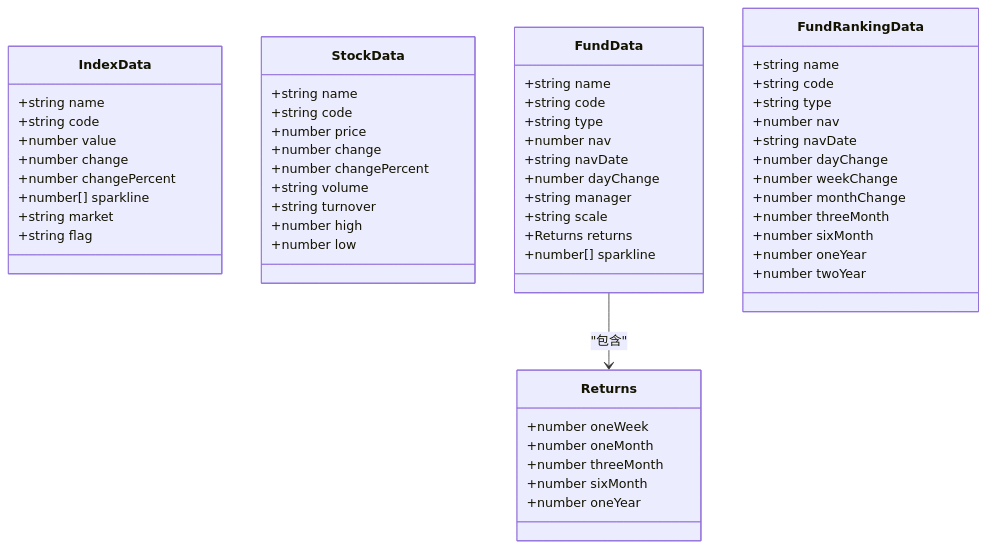
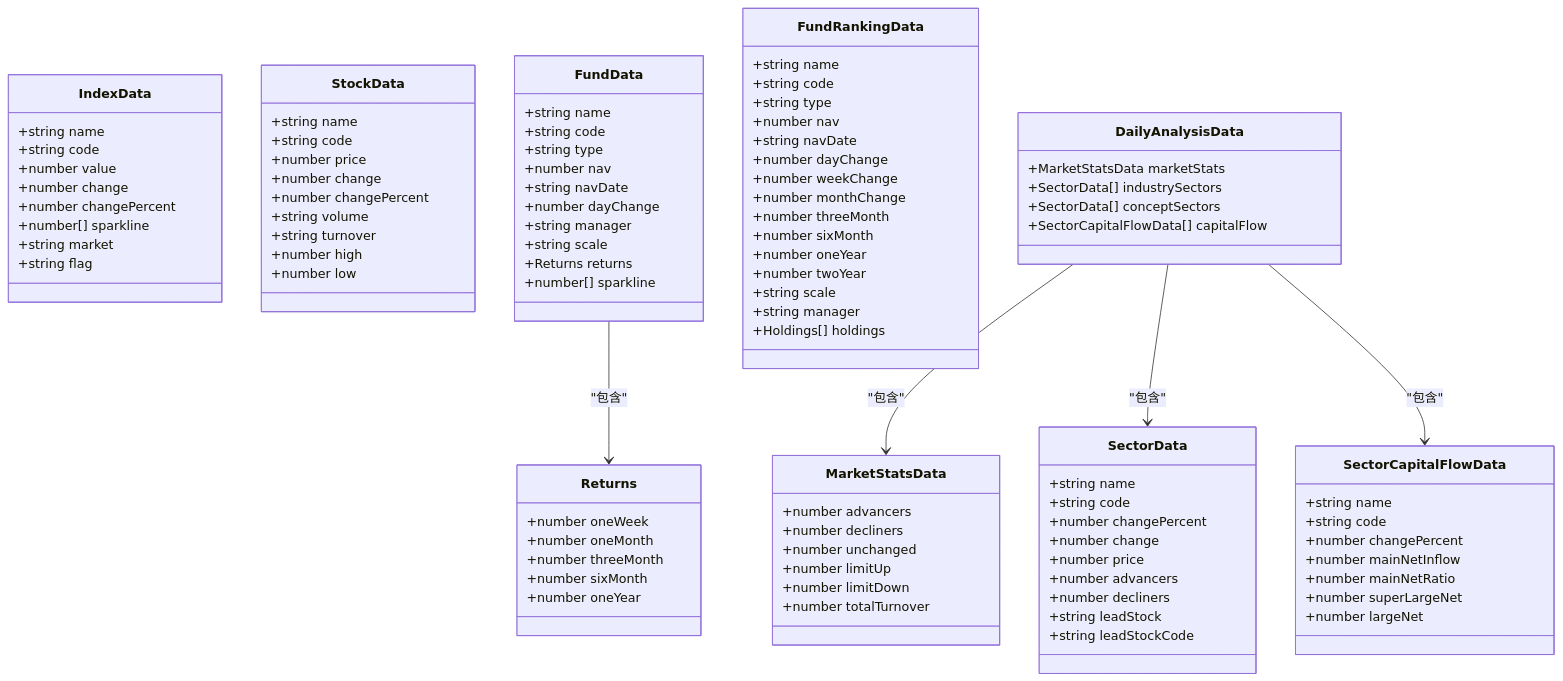
One commit to Neveryu/react-fund changed diagram 11 of 12 in .qoder/repowiki/zh/content/数据管理/数据类型定义.md. Above: the diagram before and after it, drawn with Mermaid. The commit also changed other lines of this file and 15 other files, not shown here.

````diff
--- a/.qoder/repowiki/zh/content/数据管理/数据类型定义.md
+++ b/.qoder/repowiki/zh/content/数据管理/数据类型定义.md
@@ -344,6 +544,46 @@
 +number sixMonth
 +number oneYear
 +number twoYear
++string scale
++string manager
++Holdings[] holdings
+}
+class MarketStatsData {
++number advancers
++number decliners
++number unchanged
++number limitUp
++number limitDown
++number totalTurnover
+}
+class SectorData {
++string name
++string code
++number changePercent
++number change
++number price
++number advancers
++number decliners
++string leadStock
++string leadStockCode
+}
+class SectorCapitalFlowData {
++string name
++string code
++number changePercent
++number mainNetInflow
++number mainNetRatio
++number superLargeNet
++number largeNet
+}
+class DailyAnalysisData {
++MarketStatsData marketStats
++SectorData[] industrySectors
++SectorData[] conceptSectors
++SectorCapitalFlowData[] capitalFlow
 }
 FundData --> Returns : "包含"
+DailyAnalysisData --> MarketStatsData : "包含"
+DailyAnalysisData --> SectorData : "包含"
+DailyAnalysisData --> SectorCapitalFlowData : "包含"
 ```
````
